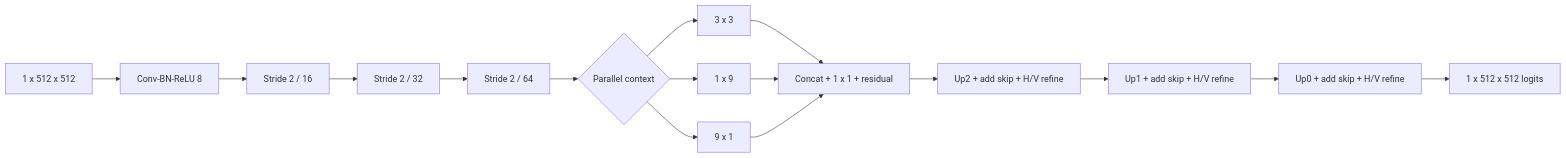
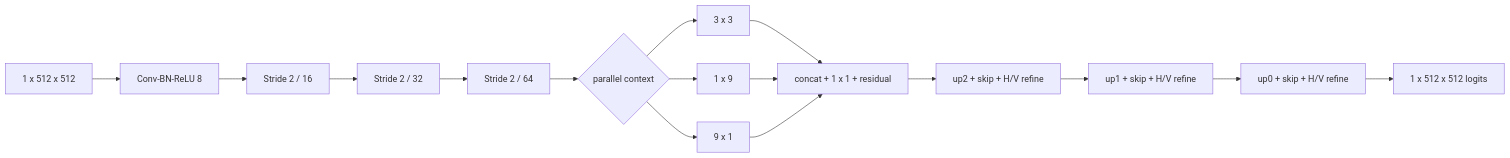
Before and after one commit to Haalandspring/MARS: the second of 2 diagrams in README.md, drawn with Mermaid. The commit also changed other lines of this file and 47 other files, not shown here.

````diff
--- a/README.md
+++ b/README.md
@@ -27,18 +89,18 @@
 ```mermaid
 flowchart LR
     X[1 x 512 x 512] --> E0[Conv-BN-ReLU 8]
     E0 --> E1[Stride 2 / 16]
     E1 --> E2[Stride 2 / 32]
     E2 --> E3[Stride 2 / 64]
-    E3 --> B{Parallel context}
+    E3 --> B{parallel context}
     B --> L[3 x 3]
     B --> H[1 x 9]
     B --> V[9 x 1]
-    L --> F[Concat + 1 x 1 + residual]
+    L --> F[concat + 1 x 1 + residual]
     H --> F
     V --> F
-    F --> D2[Up2 + add skip + H/V refine]
-    D2 --> D1[Up1 + add skip + H/V refine]
-    D1 --> D0[Up0 + add skip + H/V refine]
+    F --> D2[up2 + skip + H/V refine]
+    D2 --> D1[up1 + skip + H/V refine]
+    D1 --> D0[up0 + skip + H/V refine]
     D0 --> Z[1 x 512 x 512 logits]
 ```
````
